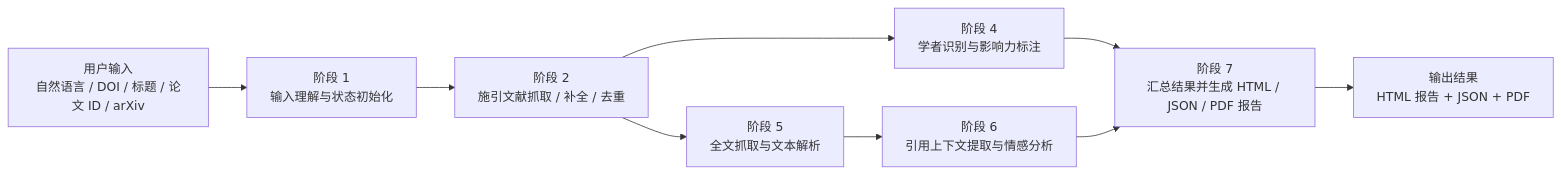
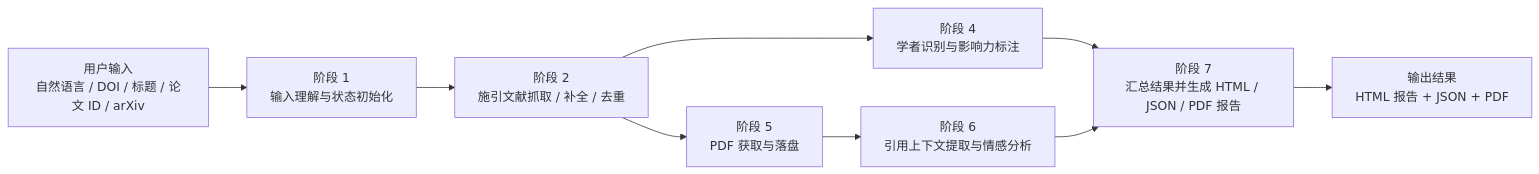
One commit to TimMCBen/CiteAnalyzer-Agent changed the diagram in README.md. Above: the diagram before and after it, drawn with Mermaid. The commit also changed other lines of this file and 11 other files, not shown here.

````diff
--- a/README.md
+++ b/README.md
@@ -26,20 +26,20 @@
 ```mermaid
 flowchart LR
     paper_input["用户输入<br/>自然语言 / DOI / 标题 / 论文 ID / arXiv"]
     parse_stage["阶段 1<br/>输入理解与状态初始化"]
     fetch_stage["阶段 2<br/>施引文献抓取 / 补全 / 去重"]
     scholar_stage["阶段 4<br/>学者识别与影响力标注"]
-    fulltext_stage["阶段 5<br/>全文抓取与文本解析"]
+    fulltext_stage["阶段 5<br/>PDF 获取与落盘"]
     sentiment_stage["阶段 6<br/>引用上下文提取与情感分析"]
     report_stage["阶段 7<br/>汇总结果并生成 HTML / JSON / PDF 报告"]
     final_output["输出结果<br/>HTML 报告 + JSON + PDF"]
 
     paper_input --> parse_stage
     parse_stage --> fetch_stage
     fetch_stage --> scholar_stage
     fetch_stage --> fulltext_stage
     fulltext_stage --> sentiment_stage
     scholar_stage --> report_stage
     sentiment_stage --> report_stage
     report_stage --> final_output
 ```
````
